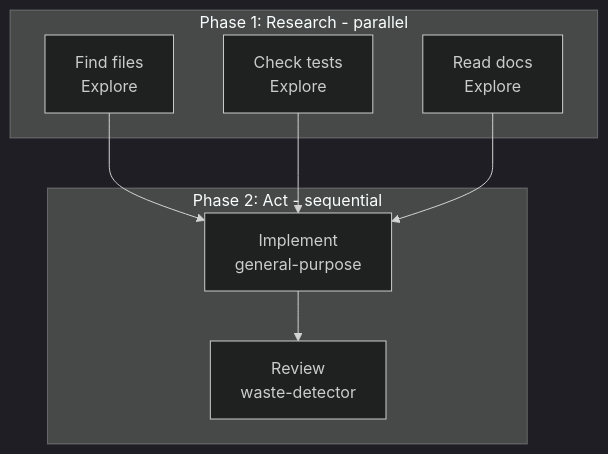
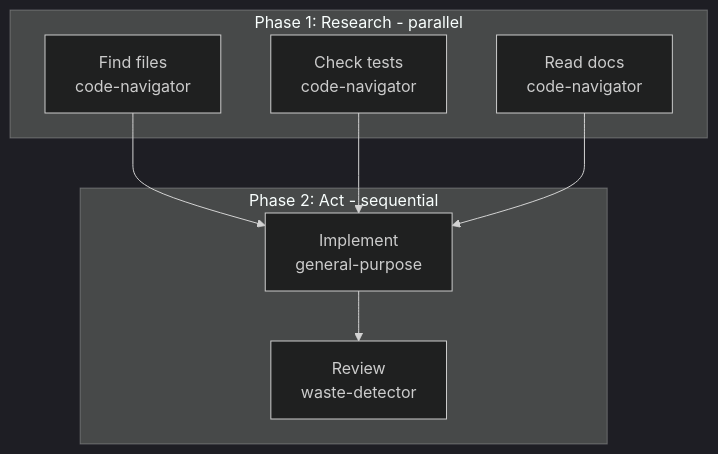
The eighth of 10 diagrams in skills/orchestrate-agents/SKILL.md (yagizdo/quiver), drawn with Mermaid (dark theme) before and after one commit. The commit also changed other lines of this file and 27 other files, not shown here.

````diff
--- a/skills/orchestrate-agents/SKILL.md
+++ b/skills/orchestrate-agents/SKILL.md
@@ -400,18 +403,18 @@
 ```mermaid
 flowchart TB
     subgraph PARALLEL[Phase 1: Research - parallel]
-        S1[Find files<br/>Explore]
-        S2[Check tests<br/>Explore]
-        S3[Read docs<br/>Explore]
+        S1[Find files<br/>code-navigator]
+        S2[Check tests<br/>code-navigator]
+        S3[Read docs<br/>code-navigator]
     end
 
     subgraph SEQUENTIAL[Phase 2: Act - sequential]
         S4[Implement<br/>general-purpose]
         S5[Review<br/>waste-detector]
     end
 
     S1 --> S4
     S2 --> S4
     S3 --> S4
     S4 --> S5
 ```
````
